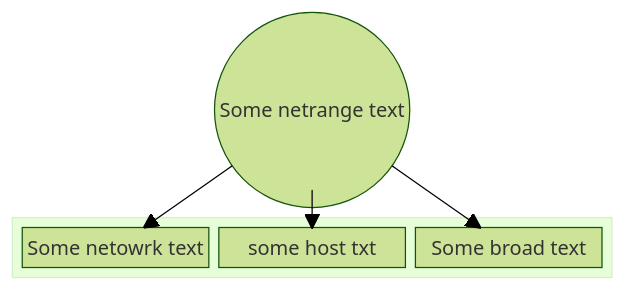
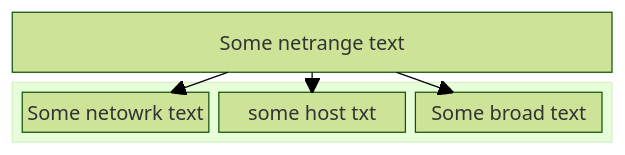
The diagram in content/blog/practical-networking-guide/index.md (ShaharNaveh/ShaharNaveh.github.io), drawn with Mermaid (forest theme) before and after one commit.

````diff
--- a/content/blog/practical-networking-guide/index.md
+++ b/content/blog/practical-networking-guide/index.md
@@ -52,14 +52,15 @@
 ```mermaid
 block-beta
 columns 1
-  netrange(("Some netrange text"))
+  netrange["Some netrange text"]
   block:segments
     network["Some netowrk text"]
     host["some host txt"]
     broadcast["Some broad text"]
   end
   space
+  space
   netrange --> network
   netrange --> host
   netrange --> broadcast
 ```
````
